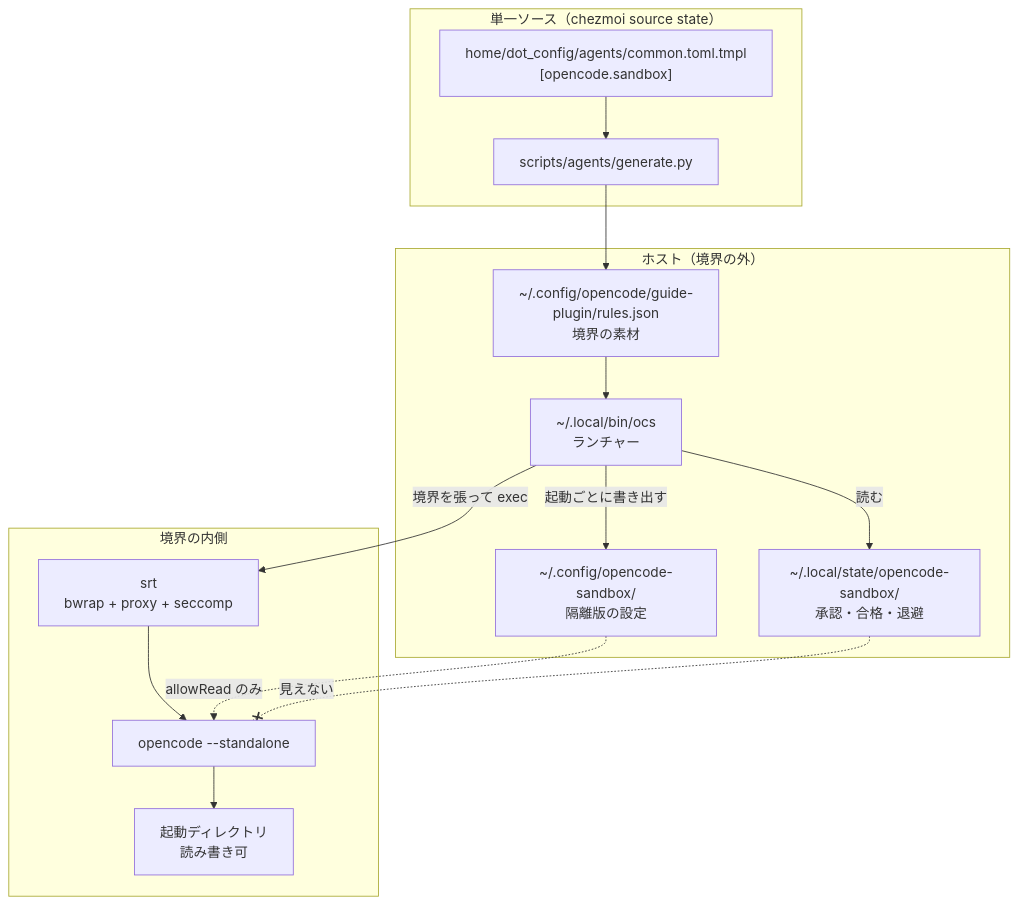
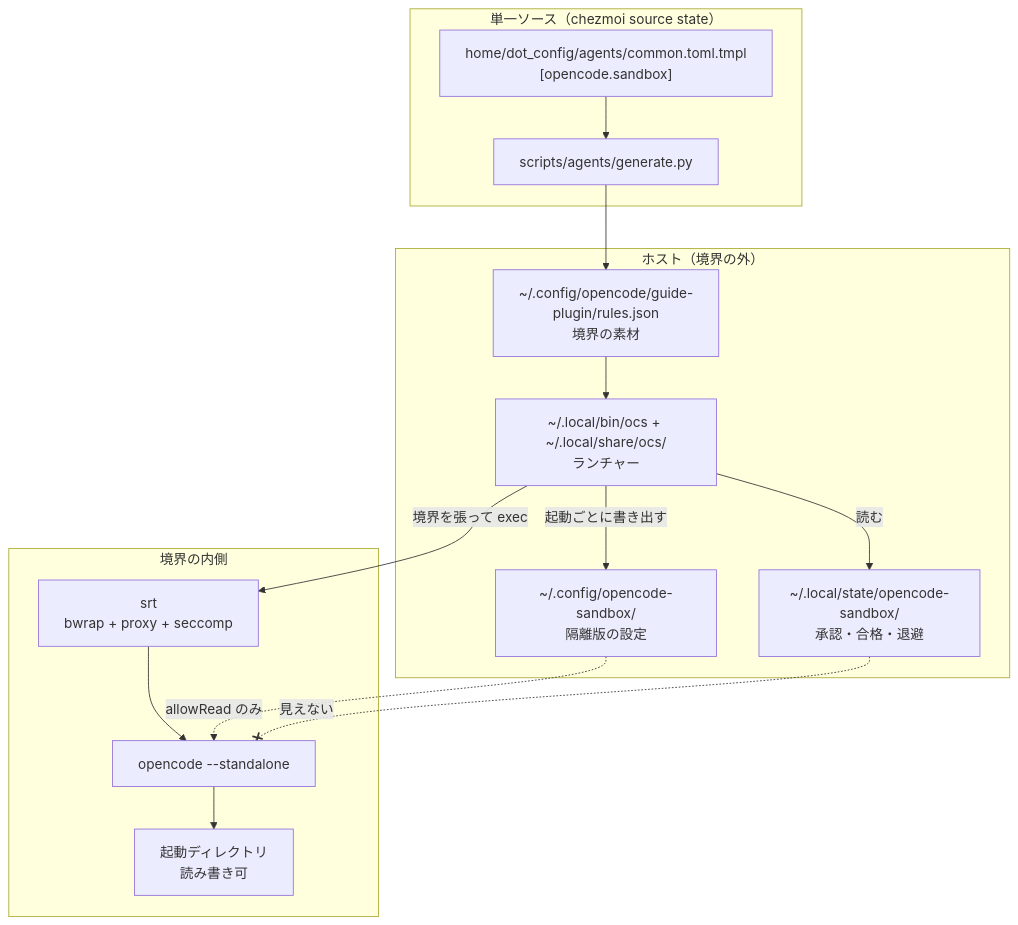
One commit to applejxd/dotfiles changed the first of 4 diagrams in docs/spec/opencode-sandbox.md. Above: the diagram before and after it, drawn with Mermaid. The commit also changed other lines of this file and 13 other files, not shown here.

````diff
--- a/docs/spec/opencode-sandbox.md
+++ b/docs/spec/opencode-sandbox.md
@@ -33,30 +33,30 @@
 ```mermaid
 flowchart TD
     subgraph source["単一ソース（chezmoi source state）"]
         COMMON["home/dot_config/agents/common.toml.tmpl<br>[opencode.sandbox]"]
         GEN["scripts/agents/generate.py"]
     end
 
     subgraph host["ホスト（境界の外）"]
         RULES["~/.config/opencode/guide-plugin/rules.json<br>境界の素材"]
-        OCS["~/.local/bin/ocs<br>ランチャー"]
+        OCS["~/.local/bin/ocs + ~/.local/share/ocs/<br>ランチャー"]
         STATE["~/.local/state/opencode-sandbox/<br>承認・合格・退避"]
         CFG["~/.config/opencode-sandbox/<br>隔離版の設定"]
     end
 
     subgraph inside["境界の内側"]
         SRT["srt<br>bwrap + proxy + seccomp"]
         OC["opencode --standalone"]
         WS["起動ディレクトリ<br>読み書き可"]
     end
 
     COMMON --> GEN --> RULES
     RULES --> OCS
     OCS -- "読む" --> STATE
     OCS -- "起動ごとに書き出す" --> CFG
     OCS -- "境界を張って exec" --> SRT
     SRT --> OC
     OC --> WS
     CFG -. "allowRead のみ" .-> OC
     STATE -. "見えない" .-x OC
 ```
````
